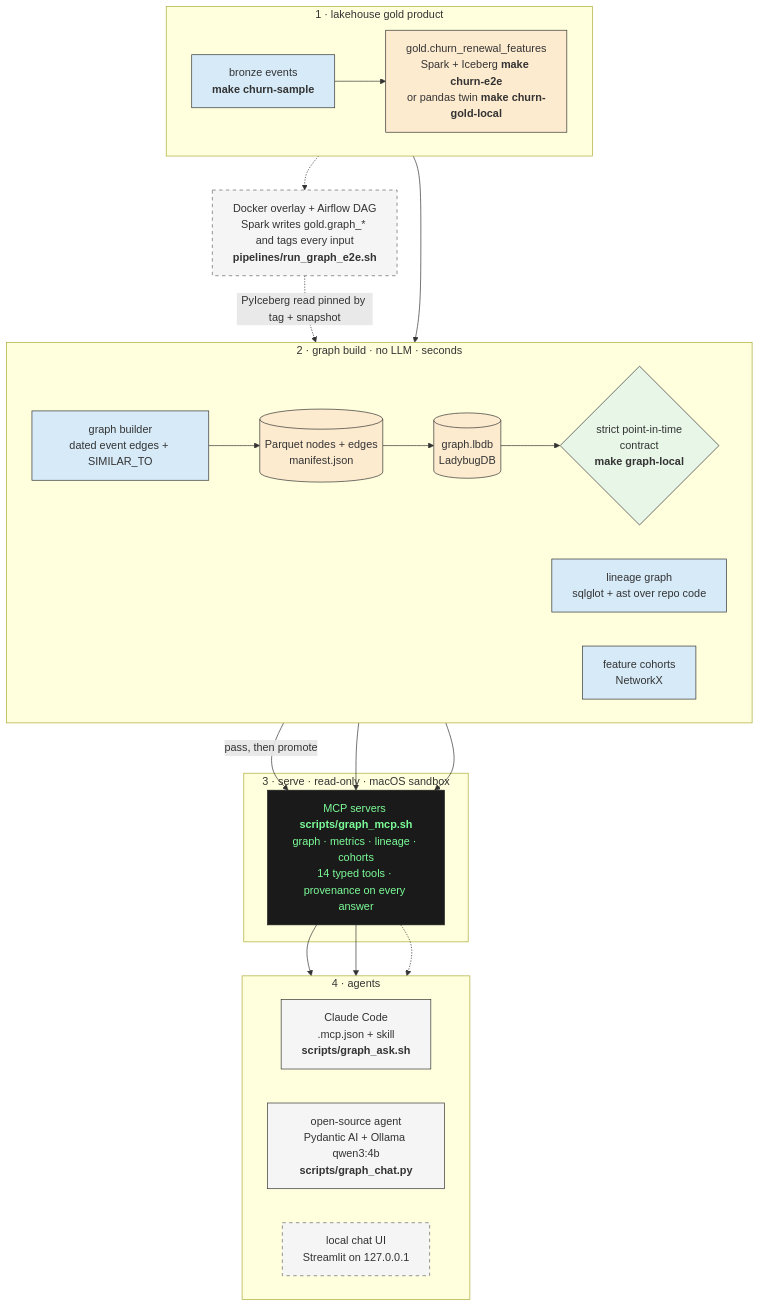
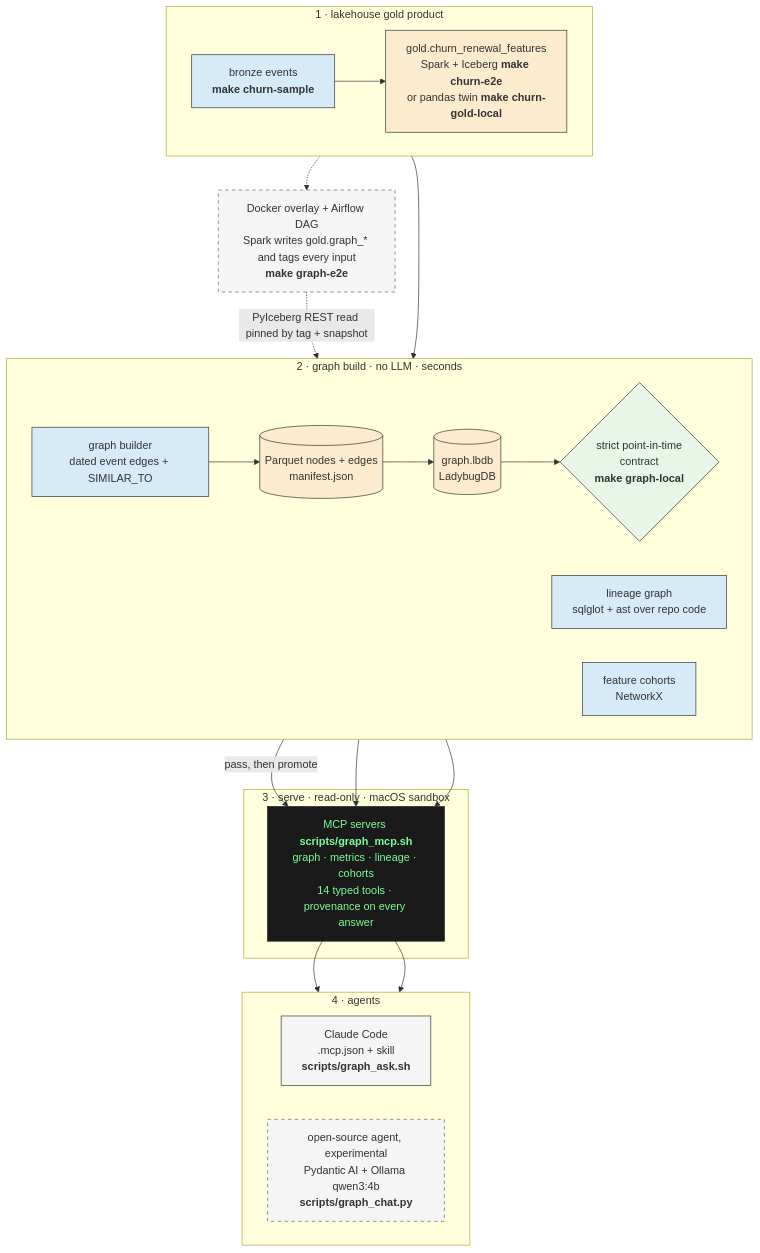
One commit to santoshshinde2012/local-data-lakehouse changed the diagram in docs/graph/README.md. Above: the diagram before and after it, drawn with Mermaid. The commit also changed other lines of this file and 154 other files, not shown here.

First line of the commit message:
Local-first 2026 stack: Lakekeeper REST + RustFS, Spark 4.1.3 / Iceberg 1.12, Airflow 3, tiered tests (#13)

````diff
--- a/docs/graph/README.md
+++ b/docs/graph/README.md
@@ -36,51 +36,48 @@
 ```mermaid
 flowchart TB
   subgraph LAKE["1 · lakehouse gold product"]
     direction LR
     BR["bronze events<br/><b>make churn-sample</b>"] --> GD["gold.churn_renewal_features<br/>Spark + Iceberg <b>make churn-e2e</b><br/>or pandas twin <b>make churn-gold-local</b>"]
   end
 
   subgraph BUILD["2 · graph build · no LLM · seconds"]
     direction LR
     GB["graph builder<br/>dated event edges + SIMILAR_TO"] --> PQ[("Parquet nodes + edges<br/>manifest.json")] --> LB[("graph.lbdb<br/>LadybugDB")] --> CK{"strict point-in-time<br/>contract<br/><b>make graph-local</b>"}
     LX["lineage graph<br/>sqlglot + ast over repo code"]
     CO["feature cohorts<br/>NetworkX"]
   end
 
   subgraph SERVE["3 · serve · read-only · macOS sandbox"]
     MCP["MCP servers <b>scripts/graph_mcp.sh</b><br/>graph · metrics · lineage · cohorts<br/>14 typed tools · provenance on every answer"]
   end
 
   subgraph AGENTS["4 · agents"]
     direction LR
     CC["Claude Code<br/>.mcp.json + skill<br/><b>scripts/graph_ask.sh</b>"]
-    OSS["open-source agent<br/>Pydantic AI + Ollama qwen3:4b<br/><b>scripts/graph_chat.py</b>"]
-    UI["local chat UI<br/>Streamlit on 127.0.0.1"]
+    OSS["open-source agent, experimental<br/>Pydantic AI + Ollama qwen3:4b<br/><b>scripts/graph_chat.py</b>"]
   end
 
-  TWIN["Docker overlay + Airflow DAG<br/>Spark writes gold.graph_* and tags every input<br/><b>pipelines/run_graph_e2e.sh</b>"]
+  TWIN["Docker overlay + Airflow DAG<br/>Spark writes gold.graph_* and tags every input<br/><b>make graph-e2e</b>"]
 
   GD --> GB
   GD -.-> TWIN
-  TWIN -.->|PyIceberg read pinned by tag + snapshot| GB
+  TWIN -.->|PyIceberg REST read pinned by tag + snapshot| GB
   CK -->|pass, then promote| MCP
   LX --> MCP
   CO --> MCP
   MCP --> CC
   MCP --> OSS
-  MCP -.-> UI
 
   style BR fill:#d6eaf8,stroke:#333
   style GD fill:#fdebd0,stroke:#333
   style GB fill:#d6eaf8,stroke:#333
   style PQ fill:#fdebd0,stroke:#333
   style LB fill:#fdebd0,stroke:#333
   style CK fill:#e8f6e8,stroke:#333
   style LX fill:#d6eaf8,stroke:#333
   style CO fill:#d6eaf8,stroke:#333
   style MCP fill:#1a1a1a,color:#7CFC98,stroke:#1a1a1a
   style CC fill:#f5f5f5,stroke:#333
-  style OSS fill:#f5f5f5,stroke:#333
-  style UI fill:#f5f5f5,stroke:#666,stroke-dasharray: 5 5
+  style OSS fill:#f5f5f5,stroke:#666,stroke-dasharray: 5 5
   style TWIN fill:#f5f5f5,stroke:#666,stroke-dasharray: 5 5
 ```
````
